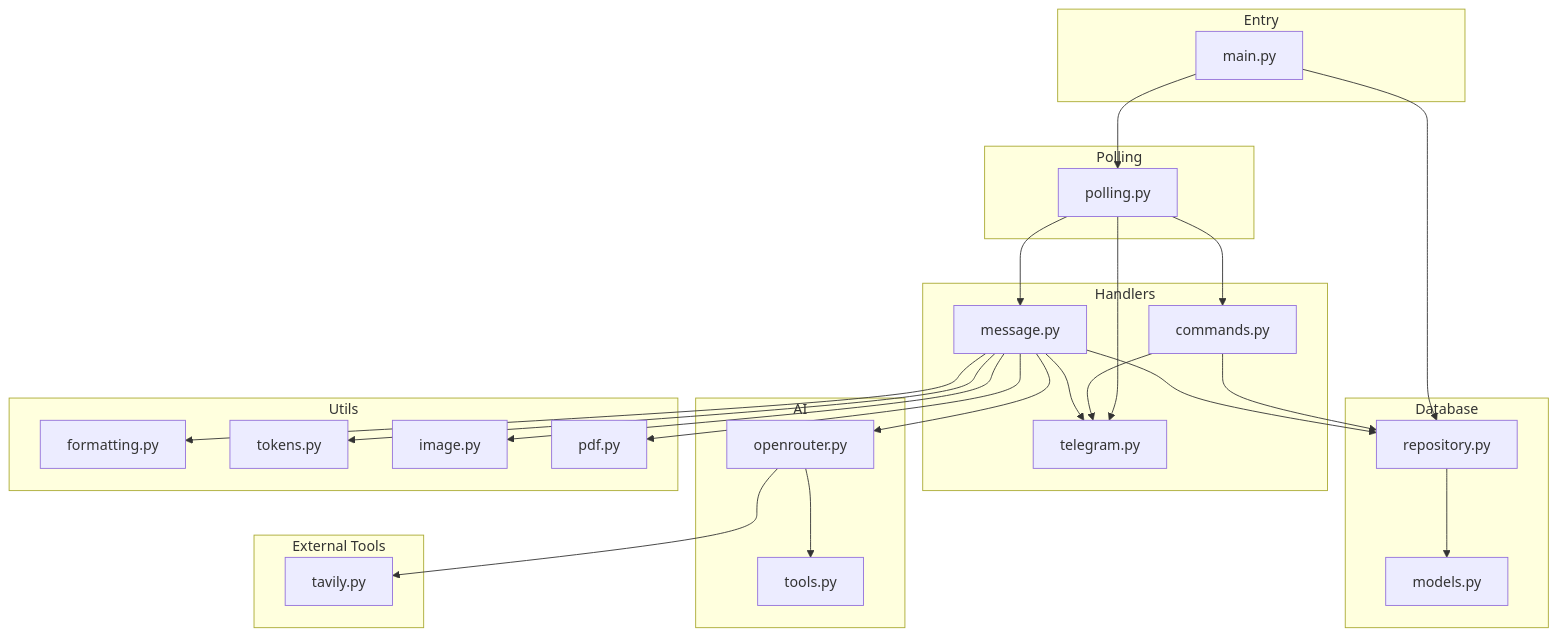
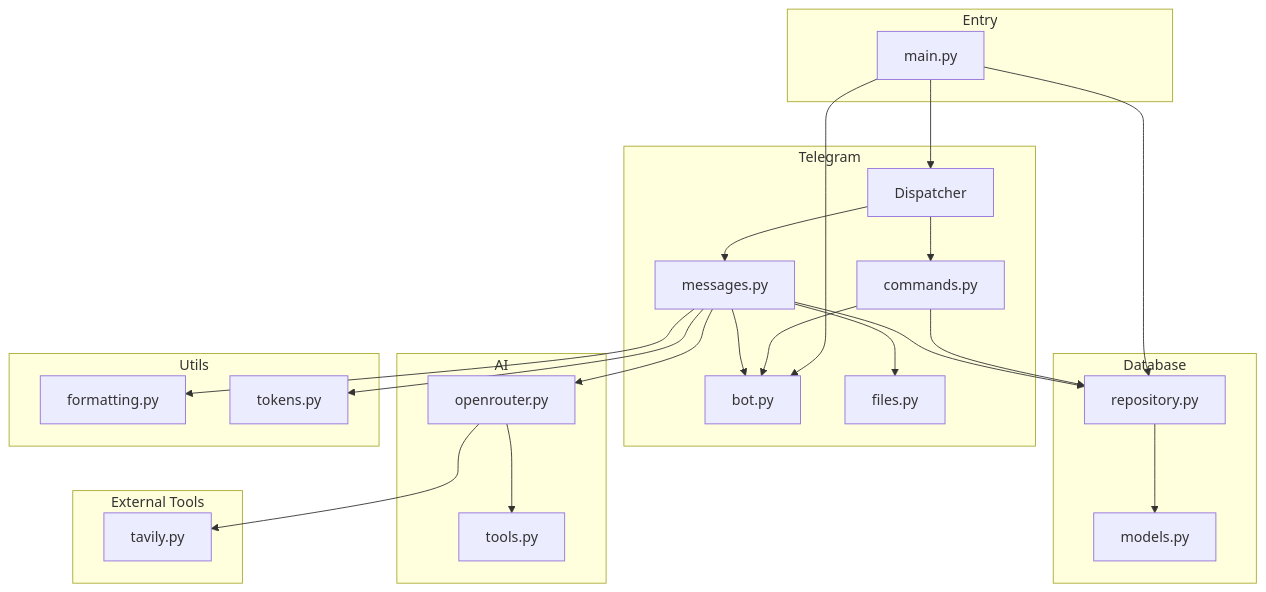
One commit to karilaa-dev/ai-tg-bot changed the first of 3 diagrams in docs/CODEBASE_MAP.md. Above: the diagram before and after it, drawn with Mermaid. The commit also changed other lines of this file and 14 other files, not shown here.

````diff
--- a/docs/CODEBASE_MAP.md
+++ b/docs/CODEBASE_MAP.md
@@ -13,55 +13,50 @@
 ```mermaid
 graph TB
     subgraph Entry
         Main[main.py]
     end
 
-    subgraph Polling
-        Poll[polling.py]
-    end
-
-    subgraph Handlers
-        Cmd[commands.py]
-        Msg[message.py]
-        TG[telegram.py]
+    subgraph Telegram
+        Bot[bot.py]
+        DP[Dispatcher]
+        CmdH[commands.py]
+        MsgH[messages.py]
+        Files[files.py]
     end
 
     subgraph AI
         OR[openrouter.py]
         Tools[tools.py]
     end
 
     subgraph Database
         Repo[repository.py]
         Models[models.py]
     end
 
     subgraph External Tools
         Tavily[tavily.py]
     end
 
     subgraph Utils
         Format[formatting.py]
         Tokens[tokens.py]
-        Image[image.py]
-        PDF[pdf.py]
     end
 
-    Main --> Poll
+    Main --> Bot
+    Main --> DP
     Main --> Repo
-    Poll --> Cmd
-    Poll --> Msg
-    Poll --> TG
-    Cmd --> Repo
-    Cmd --> TG
-    Msg --> OR
-    Msg --> Repo
-    Msg --> TG
-    Msg --> Format
-    Msg --> Tokens
-    Msg --> Image
-    Msg --> PDF
+    DP --> CmdH
+    DP --> MsgH
+    CmdH --> Repo
+    CmdH --> Bot
+    MsgH --> OR
+    MsgH --> Repo
+    MsgH --> Bot
+    MsgH --> Files
+    MsgH --> Format
+    MsgH --> Tokens
     OR --> Tools
     OR --> Tavily
     Repo --> Models
 ```
````
